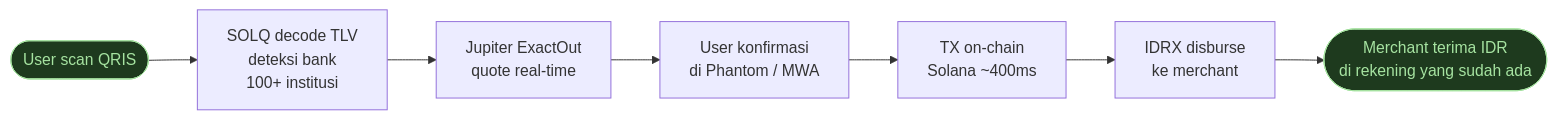
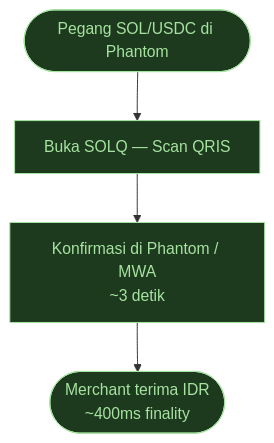
Before and after one commit to nayrbryanGaming/SOLQV2: the sixth of 8 diagrams in README.md, drawn with Mermaid. The commit also changed other lines of this file and 1 other file, not shown here.

````diff
--- a/README.md
+++ b/README.md
@@ -538,12 +566,11 @@
 ```mermaid
-flowchart LR
-    A([User scan QRIS]) --> B["SOLQ decode TLV\ndeteksi bank\n100+ institusi"]
-    B --> C["Jupiter ExactOut\nquote real-time"]
-    C --> D["User konfirmasi\ndi Phantom / MWA"]
-    D --> E["TX on-chain\nSolana ~400ms"]
-    E --> F["IDRX disburse\nke merchant"]
-    F --> G([Merchant terima IDR\ndi rekening yang sudah ada])
+flowchart TD
+    A([Pegang SOL/USDC di Phantom]) --> B[Buka SOLQ — Scan QRIS]
+    B --> C[Konfirmasi di Phantom / MWA\n~3 detik]
+    C --> D([Merchant terima IDR\n~400ms finality])
 
     style A fill:#1e3a1e,color:#a6e3a1,stroke:#a6e3a1
-    style G fill:#1e3a1e,color:#a6e3a1,stroke:#a6e3a1
+    style B fill:#1e3a1e,color:#a6e3a1,stroke:#a6e3a1
+    style C fill:#1e3a1e,color:#a6e3a1,stroke:#a6e3a1
+    style D fill:#1e3a1e,color:#a6e3a1,stroke:#a6e3a1
 ```
````
